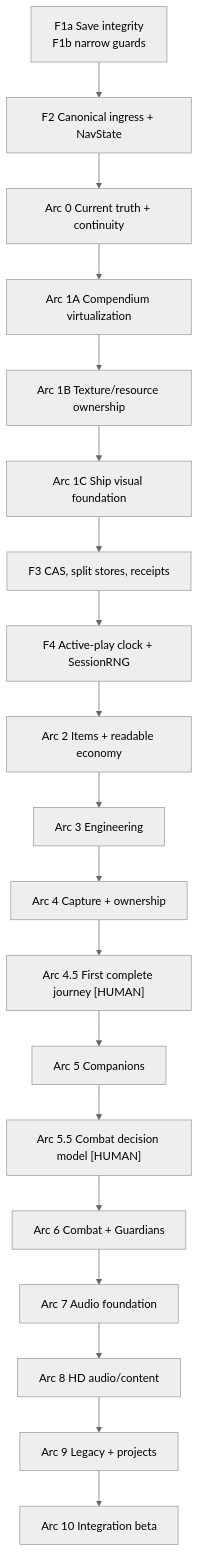
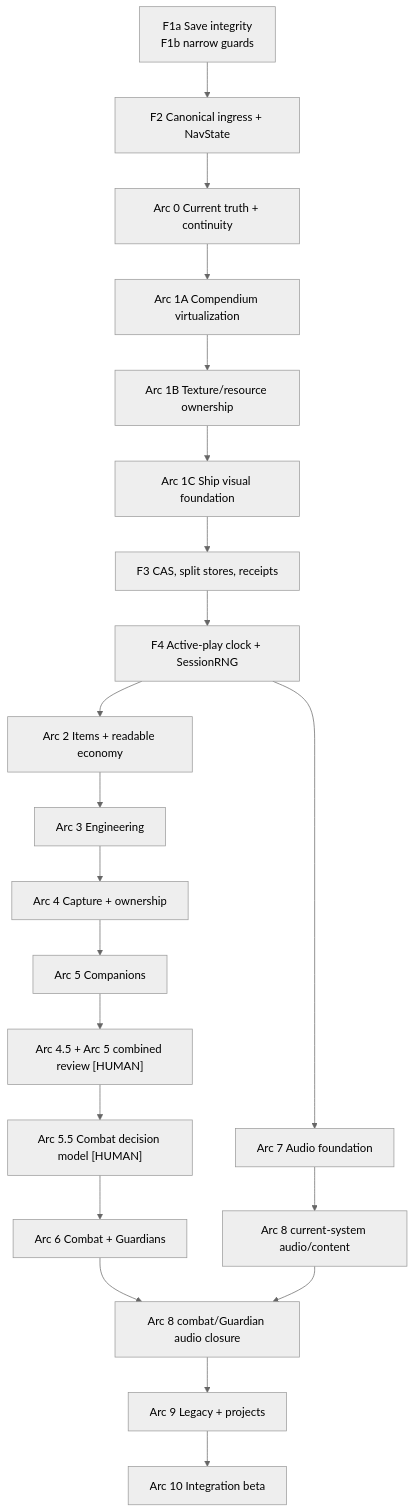
One commit to TheDakk/Celestial-Frontier changed the diagram in port/V2_PROGRAM_ROADMAP.md. Above: the diagram before and after it, drawn with Mermaid (neutral theme). The commit also changed other lines of this file and 4 other files, not shown here.

Commit message:
docs: charter full local progression campaign

````diff
--- a/port/V2_PROGRAM_ROADMAP.md
+++ b/port/V2_PROGRAM_ROADMAP.md
@@ -177,21 +179,23 @@
 ```mermaid
 flowchart TD
   F1["F1a Save integrity\nF1b narrow guards"] --> F2["F2 Canonical ingress + NavState"]
   F2 --> A0["Arc 0 Current truth + continuity"]
   A0 --> A1A["Arc 1A Compendium virtualization"]
   A1A --> A1B["Arc 1B Texture/resource ownership"]
   A1B --> A1C["Arc 1C Ship visual foundation"]
   A1C --> F3["F3 CAS, split stores, receipts"]
   F3 --> F4["F4 Active-play clock + SessionRNG"]
   F4 --> A2["Arc 2 Items + readable economy"]
+  F4 --> A7["Arc 7 Audio foundation"]
   A2 --> A3["Arc 3 Engineering"]
   A3 --> A4["Arc 4 Capture + ownership"]
-  A4 --> A45["Arc 4.5 First complete journey [HUMAN]"]
-  A45 --> A5["Arc 5 Companions"]
-  A5 --> A55["Arc 5.5 Combat decision model [HUMAN]"]
+  A4 --> A5["Arc 5 Companions"]
+  A5 --> A45["Arc 4.5 + Arc 5 combined review [HUMAN]"]
+  A7 --> A8Core["Arc 8 current-system audio/content"]
+  A45 --> A55["Arc 5.5 Combat decision model [HUMAN]"]
   A55 --> A6["Arc 6 Combat + Guardians"]
-  A6 --> A7["Arc 7 Audio foundation"]
-  A7 --> A8["Arc 8 HD audio/content"]
-  A8 --> A9["Arc 9 Legacy + projects"]
+  A6 --> A8Combat["Arc 8 combat/Guardian audio closure"]
+  A8Core --> A8Combat
+  A8Combat --> A9["Arc 9 Legacy + projects"]
   A9 --> A10["Arc 10 Integration beta"]
 ```
````
